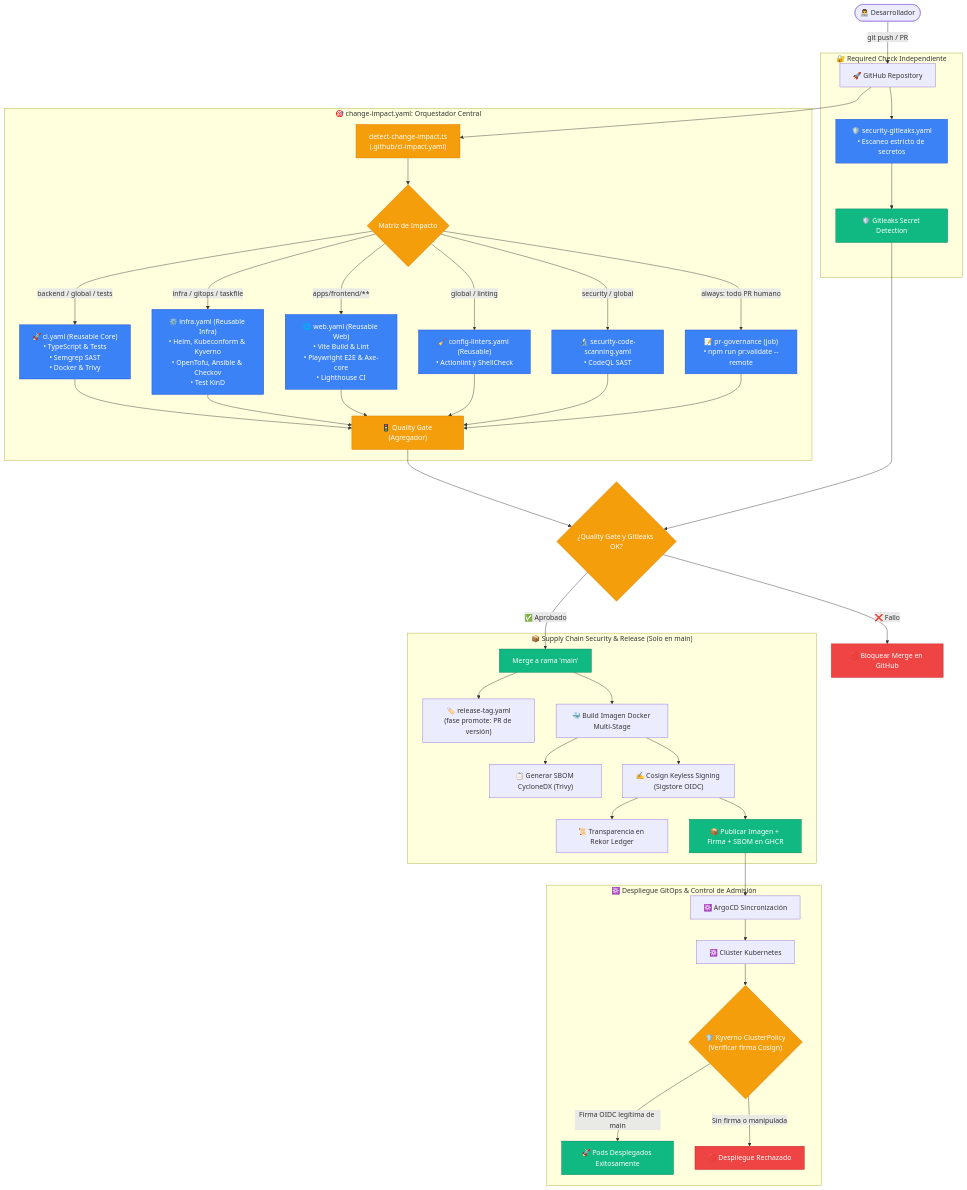
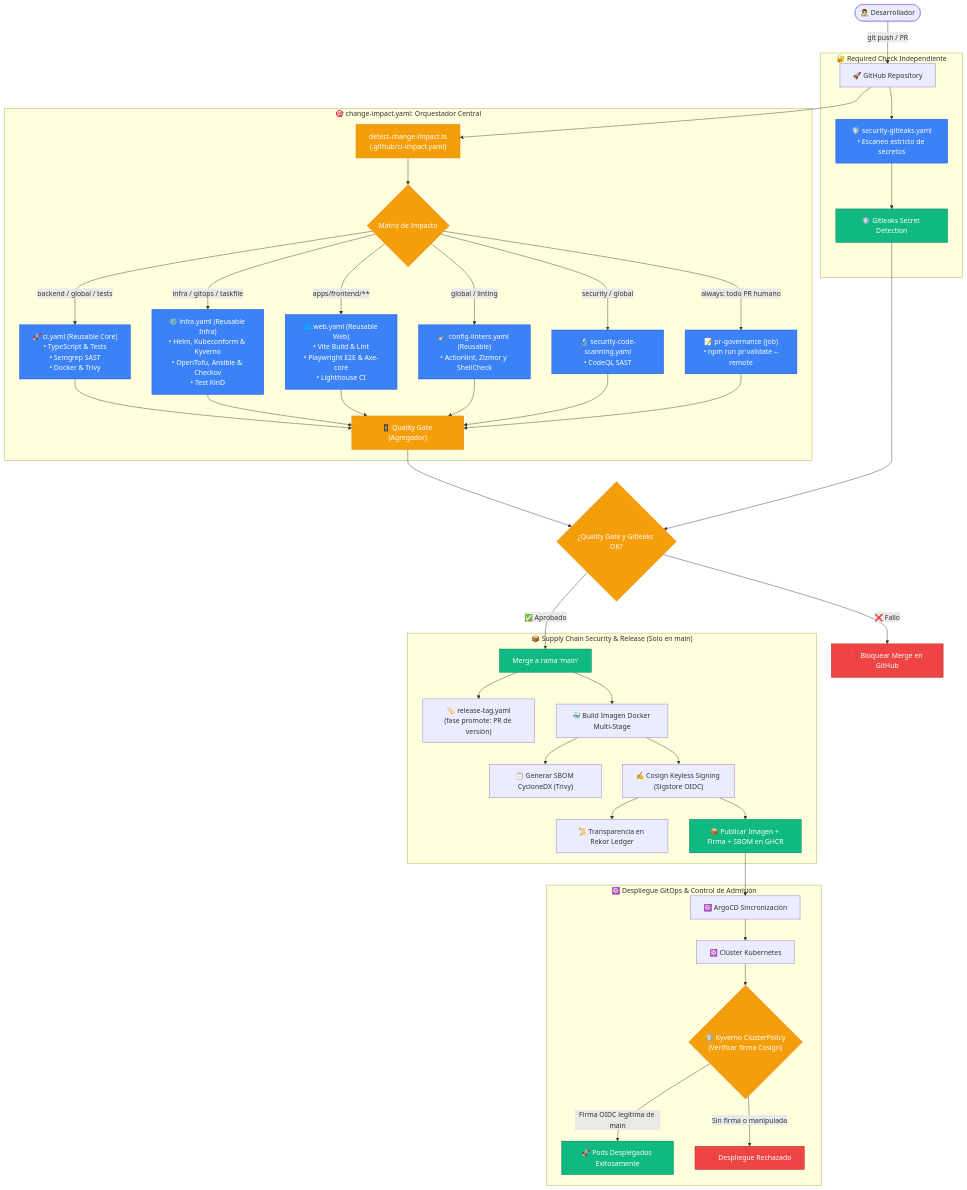
Before and after one commit to rocapellino/pokedex: the diagram in docs/devops/GITHUB_WORKFLOWS_GUIDE.md, drawn with Mermaid. The commit also changed other lines of this file and 6 other files, not shown here.

First line of the commit message:
ci: agregar zizmor a config-linters y corregir template-injection en ci.yaml (#567)

````diff
--- a/docs/devops/GITHUB_WORKFLOWS_GUIDE.md
+++ b/docs/devops/GITHUB_WORKFLOWS_GUIDE.md
@@ -49,55 +49,55 @@
 ```mermaid
 flowchart TD
     DEV(["👨‍💻 Desarrollador"]) -->|git push / PR| GH["🚀 GitHub Repository"]
 
     subgraph SEC_INDEPENDENT ["🔐 Required Check Independiente"]
         GH --> WF_LEAKS["🛡️ security-gitleaks.yaml\n• Escaneo estricto de secretos"]
         WF_LEAKS --> CHK_LEAKS["🛡️ Gitleaks Secret Detection"]
     end
 
     subgraph ORCHESTRATOR ["🎯 change-impact.yaml: Orquestador Central"]
         GH --> DETECT["detect-change-impact.ts\n(.github/ci-impact.yaml)"]
         DETECT --> ROUTER{"Matriz de Impacto"}
 
         ROUTER -->|backend / global / tests| WF_CI["🚀 ci.yaml (Reusable Core)\n• TypeScript & Tests\n• Semgrep SAST\n• Docker & Trivy"]
         ROUTER -->|infra / gitops / taskfile| WF_INFRA["⚙️ infra.yaml (Reusable Infra)\n• Helm, Kubeconform & Kyverno\n• OpenTofu, Ansible & Checkov\n• Test KinD"]
         ROUTER -->|apps/frontend/**| WF_WEB["🌐 web.yaml (Reusable Web)\n• Vite Build & Lint\n• Playwright E2E & Axe-core\n• Lighthouse CI"]
-        ROUTER -->|global / linting| WF_MEGA["🧹 config-linters.yaml (Reusable)\n• Actionlint y ShellCheck"]
+        ROUTER -->|global / linting| WF_MEGA["🧹 config-linters.yaml (Reusable)\n• Actionlint, Zizmor y ShellCheck"]
         ROUTER -->|security / global| WF_SCAN["🔬 security-code-scanning.yaml\n• CodeQL SAST"]
         ROUTER -->|always: todo PR humano| JOB_PRGOV["📝 pr-governance (job)\n• npm run pr:validate --remote"]
 
         WF_CI & WF_INFRA & WF_WEB & WF_MEGA & WF_SCAN & JOB_PRGOV --> QG["🚦 Quality Gate (Agregador)"]
     end
 
     QG --> QG_DECISION{"¿Quality Gate y Gitleaks OK?"}
     CHK_LEAKS --> QG_DECISION
     QG_DECISION -->|❌ Fallo| BLOCK_PR["🚫 Bloquear Merge en GitHub"]
     QG_DECISION -->|✅ Aprobado| MERGE_MAIN["Merge a rama 'main'"]
 
     subgraph SUPPLY_CHAIN ["📦 Supply Chain Security & Release (Solo en main)"]
         MERGE_MAIN --> BUMP["🏷️ release-tag.yaml\n(fase promote: PR de versión)"]
         MERGE_MAIN --> DOCKER_BUILD["🐳 Build Imagen Docker Multi-Stage"]
         DOCKER_BUILD --> SYFT_SBOM["📋 Generar SBOM CycloneDX (Trivy)"]
         DOCKER_BUILD --> COSIGN_SIGN["✍️ Cosign Keyless Signing (Sigstore OIDC)"]
         COSIGN_SIGN --> REKOR["📜 Transparencia en Rekor Ledger"]
         COSIGN_SIGN --> PUSH_GHCR["📦 Publicar Imagen + Firma + SBOM en GHCR"]
     end
 
     subgraph DEPLOYMENT ["☸️ Despliegue GitOps & Control de Admisión"]
         PUSH_GHCR --> ARGO["☸️ ArgoCD Sincronización"]
         ARGO --> K8S["☸️ Clúster Kubernetes"]
         K8S --> KYVERNO{"🛡️ Kyverno ClusterPolicy\n(Verificar firma Cosign)"}
         KYVERNO -->|Firma OIDC legítima de main| DEPLOY_OK["🚀 Pods Desplegados Exitosamente"]
         KYVERNO -->|Sin firma o manipulada| DEPLOY_FAIL["🚫 Despliegue Rechazado"]
     end
 
     classDef normal fill:#3b82f6,stroke:#1d4ed8,color:#fff;
     classDef gate fill:#f59e0b,stroke:#d97706,color:#fff;
     classDef success fill:#10b981,stroke:#047857,color:#fff;
     classDef error fill:#ef4444,stroke:#b91c1c,color:#fff;
 
     class WF_WEB,WF_INFRA,WF_LEAKS,WF_CI,WF_MEGA,WF_SCAN,JOB_PRGOV normal;
     class DETECT,ROUTER,QG,QG_DECISION,KYVERNO gate;
     class MERGE_MAIN,PUSH_GHCR,DEPLOY_OK,CHK_LEAKS success;
     class BLOCK_PR,DEPLOY_FAIL error;
 ```
````
